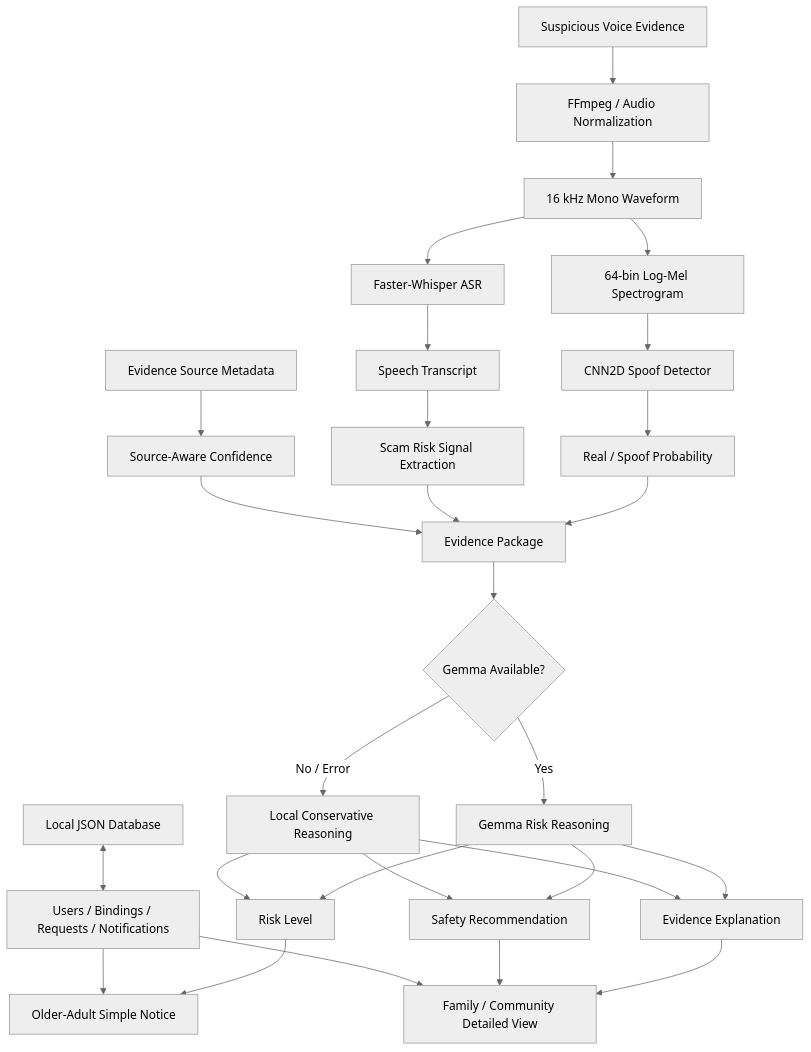
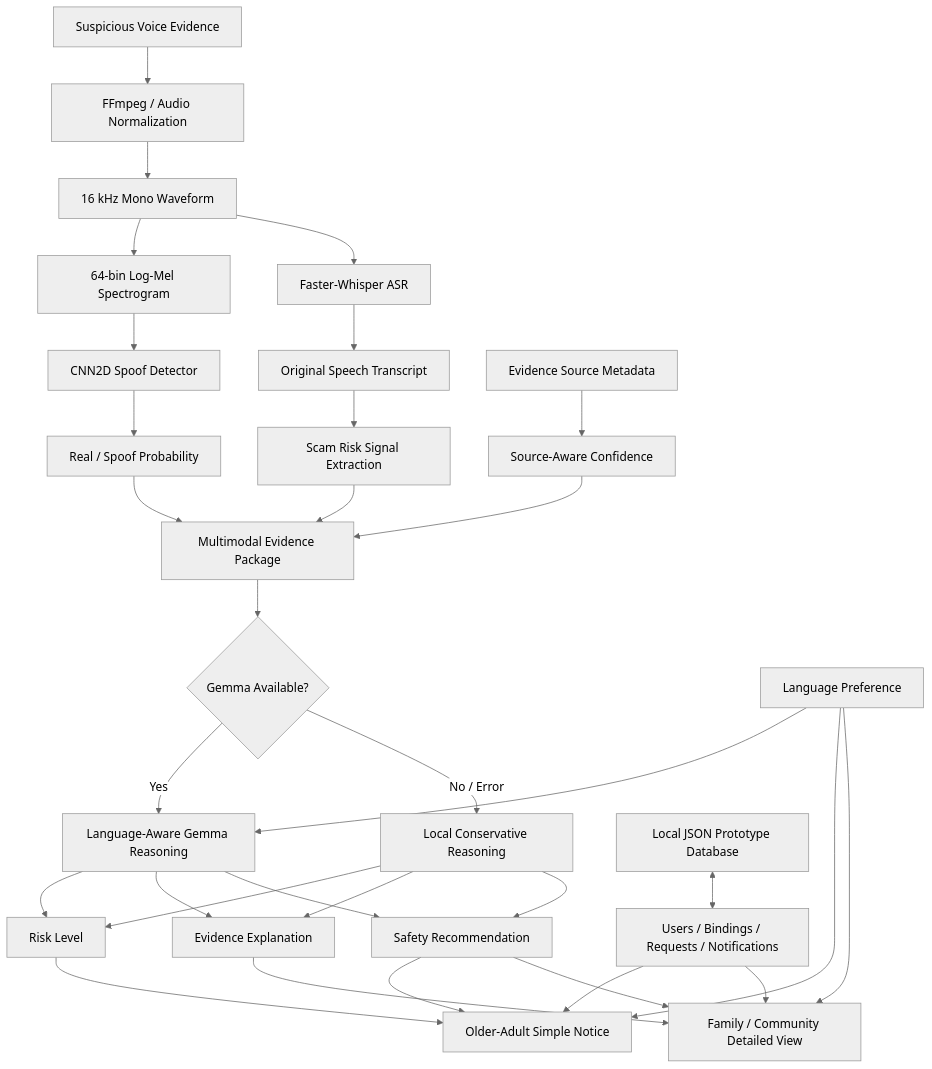
The diagram in README.md (lwenxuan420-lgtm/AI-Voice-Safety-Agent), drawn with Mermaid (neutral theme) before and after one commit. The commit also changed other lines of this file, not shown here.

````diff
--- a/README.md
+++ b/README.md
@@ -431,49 +455,52 @@
 ```mermaid
 flowchart TD
 
     A[Suspicious Voice Evidence]
-
     A --> B[FFmpeg / Audio Normalization]
-
     B --> C[16 kHz Mono Waveform]
 
     C --> D[64-bin Log-Mel Spectrogram]
     D --> E[CNN2D Spoof Detector]
     E --> F[Real / Spoof Probability]
 
     C --> G[Faster-Whisper ASR]
-    G --> H[Speech Transcript]
+    G --> H[Original Speech Transcript]
 
     H --> I[Scam Risk Signal Extraction]
 
     J[Evidence Source Metadata]
     J --> K[Source-Aware Confidence]
 
-    F --> L[Evidence Package]
+    F --> L[Multimodal Evidence Package]
     I --> L
     K --> L
 
     L --> M{Gemma Available?}
 
-    M -->|Yes| N[Gemma Risk Reasoning]
+    M -->|Yes| N[Language-Aware Gemma Reasoning]
     M -->|No / Error| O[Local Conservative Reasoning]
 
     N --> P[Risk Level]
     N --> Q[Evidence Explanation]
     N --> R[Safety Recommendation]
 
     O --> P
     O --> Q
     O --> R
 
     P --> S[Older-Adult Simple Notice]
-
     Q --> T[Family / Community Detailed View]
+    R --> S
     R --> T
 
-    U[Local JSON Database]
-    U <--> V[Users / Bindings / Requests / Notifications]
+    U[Language Preference]
+    U --> N
+    U --> S
+    U --> T
 
-    V --> S
-    V --> T
+    V[Local JSON Prototype Database]
+    V <--> W[Users / Bindings / Requests / Notifications]
+
+    W --> S
+    W --> T
 ```
````
